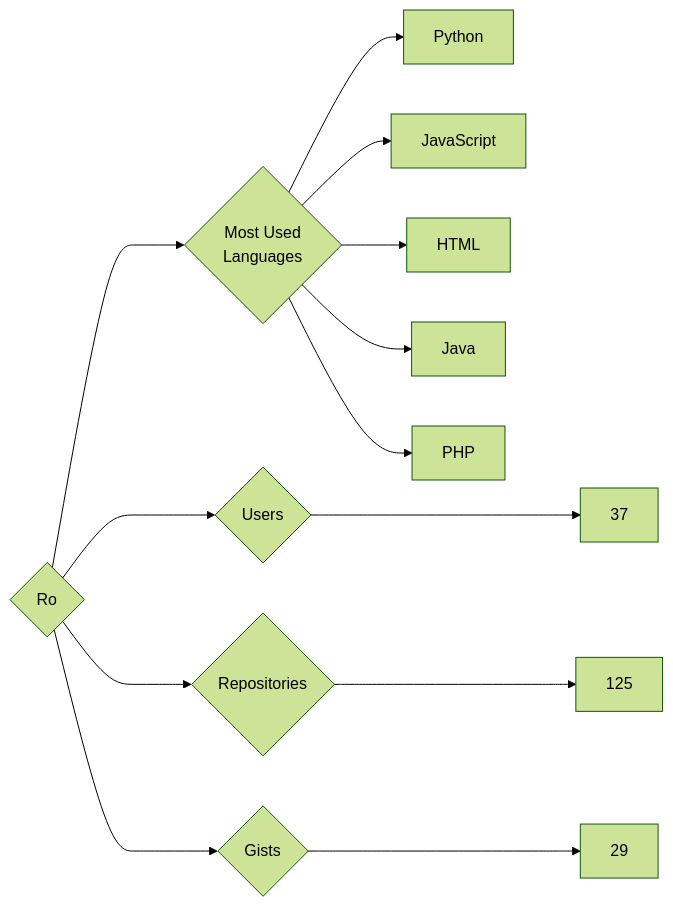
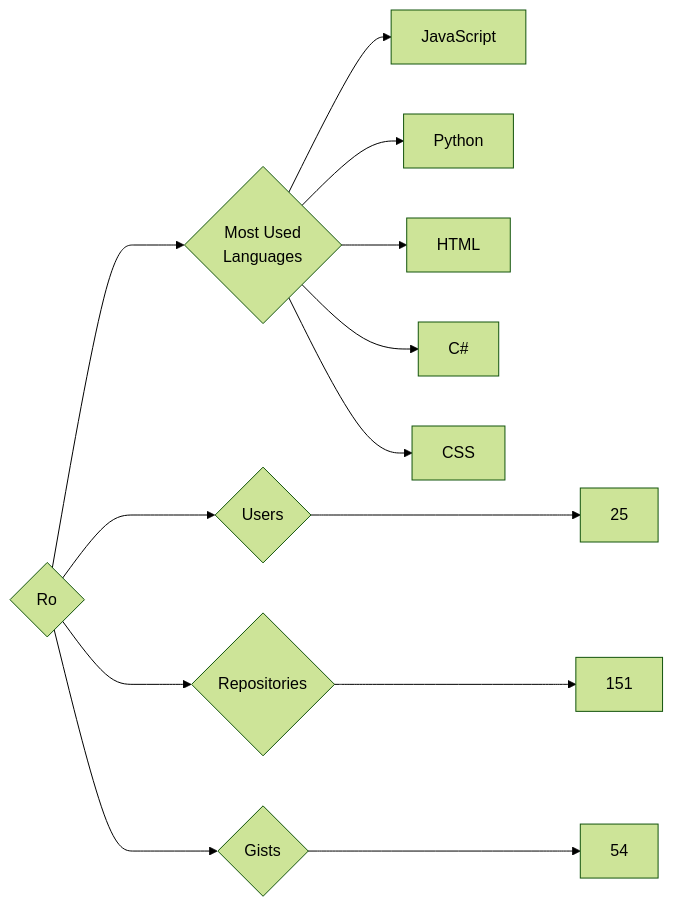
Before and after one commit to trickest/insiders: the diagram in targets/Ro/README.md, drawn with Mermaid (forest theme). The commit also changed 799 other files, not shown here.

````diff
--- a/targets/Ro/README.md
+++ b/targets/Ro/README.md
@@ -3,13 +3,13 @@
 ```mermaid
 graph LR
 COMPANY_NAME{Ro}
-COMPANY_NAME ---> U{Users} ---> UN[37]
-COMPANY_NAME ---> R{Repositories} ---> RN[125]
-COMPANY_NAME ---> G{Gists} ---> GN[29]
+COMPANY_NAME ---> U{Users} ---> UN[25]
+COMPANY_NAME ---> R{Repositories} ---> RN[151]
+COMPANY_NAME ---> G{Gists} ---> GN[54]
 COMPANY_NAME ---> ML{Most Used<br>Languages}
+ML --> JavaScript[JavaScript]
 ML --> Python[Python]
-ML --> JavaScript[JavaScript]
 ML --> HTML[HTML]
-ML --> Java[Java]
-ML --> PHP[PHP]
+ML --> C#[C#]
+ML --> CSS[CSS]
 ```
````
